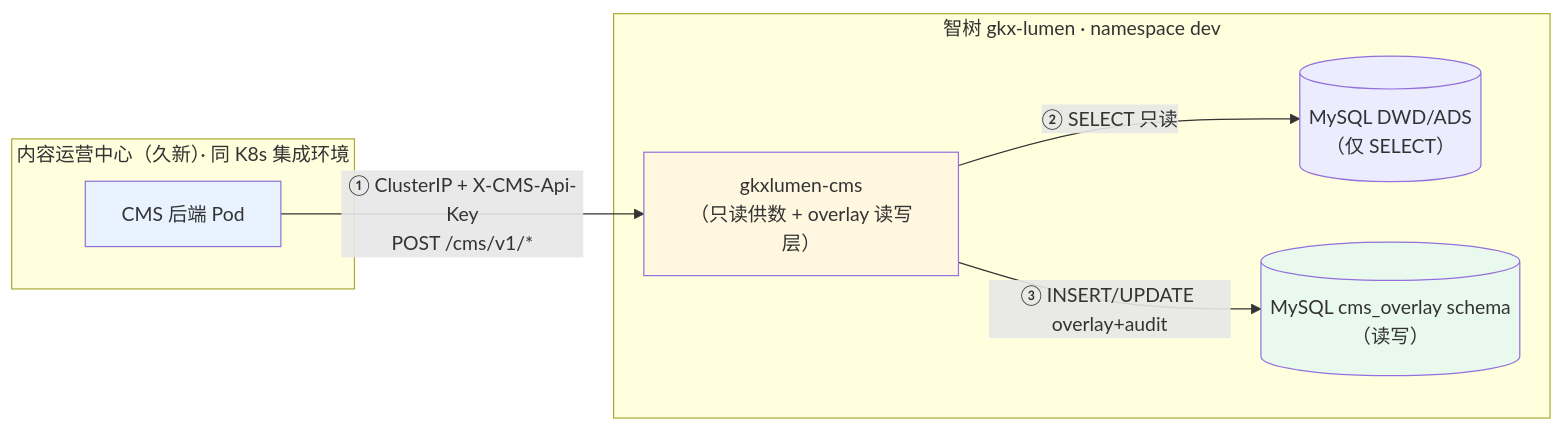
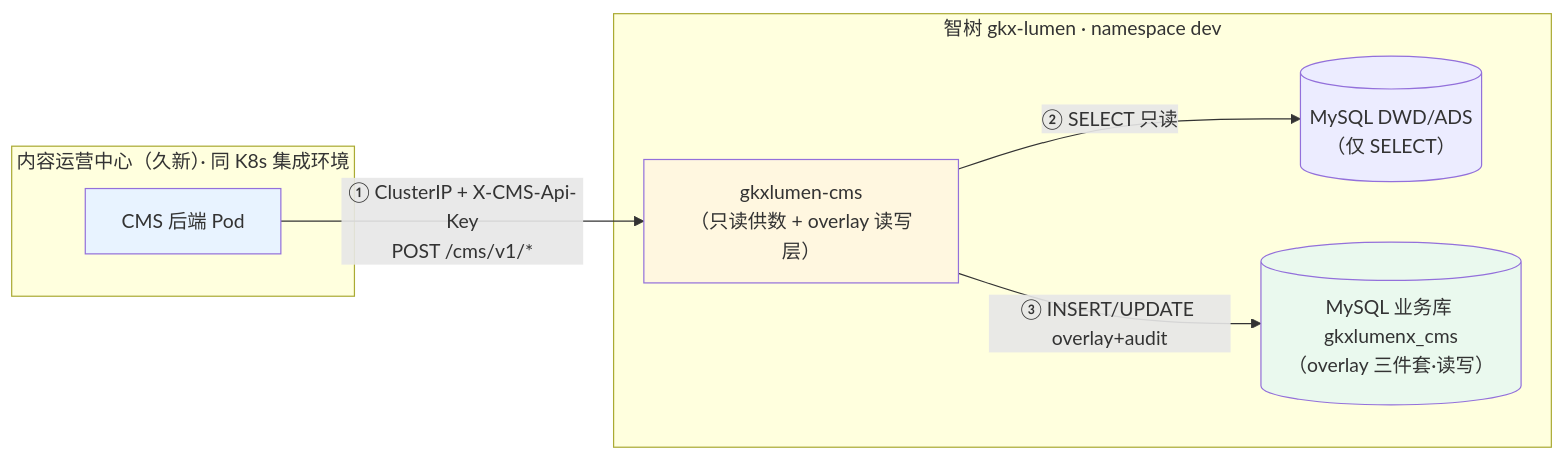
One commit to Marisolebxf/- changed the diagram in agent-delivery/agent-handoffs/平台基建-PLATFORM/CMS-JX-OVERLAY-A5-L01.md. Above: the diagram before and after it, drawn with Mermaid. The commit also changed other lines of this file, not shown here.

Commit message:
[agent:architect-agent] A5签收前修正：6处cms_overlay旧名统一为gkxlumenx_cms+规格书版本引用升v1.3

````diff
--- a/agent-delivery/agent-handoffs/平台基建-PLATFORM/CMS-JX-OVERLAY-A5-L01.md
+++ b/agent-delivery/agent-handoffs/平台基建-PLATFORM/CMS-JX-OVERLAY-A5-L01.md
@@ -54,18 +54,18 @@
 ```mermaid
 flowchart LR
   subgraph cms ["内容运营中心（久新）· 同 K8s 集成环境"]
     CMSBE["CMS 后端 Pod"]
   end
   subgraph gkx ["智树 gkx-lumen · namespace dev"]
     CMSMOD["gkxlumen-cms<br/>（只读供数 + overlay 读写层）"]
     DB[("MySQL DWD/ADS<br/>（仅 SELECT）")]
-    OVL[("MySQL cms_overlay schema<br/>（读写）")]
+    OVL[("MySQL 业务库 gkxlumenx_cms<br/>（overlay 三件套·读写）")]
   end
   CMSBE -->|"① ClusterIP + X-CMS-Api-Key<br/>POST /cms/v1/*"| CMSMOD
   CMSMOD -->|"② SELECT 只读"| DB
   CMSMOD -->|"③ INSERT/UPDATE overlay+audit"| OVL
 
   style CMSBE fill:#e8f3ff
   style CMSMOD fill:#fff7e0
   style OVL fill:#eaf9ee
 ```
````
